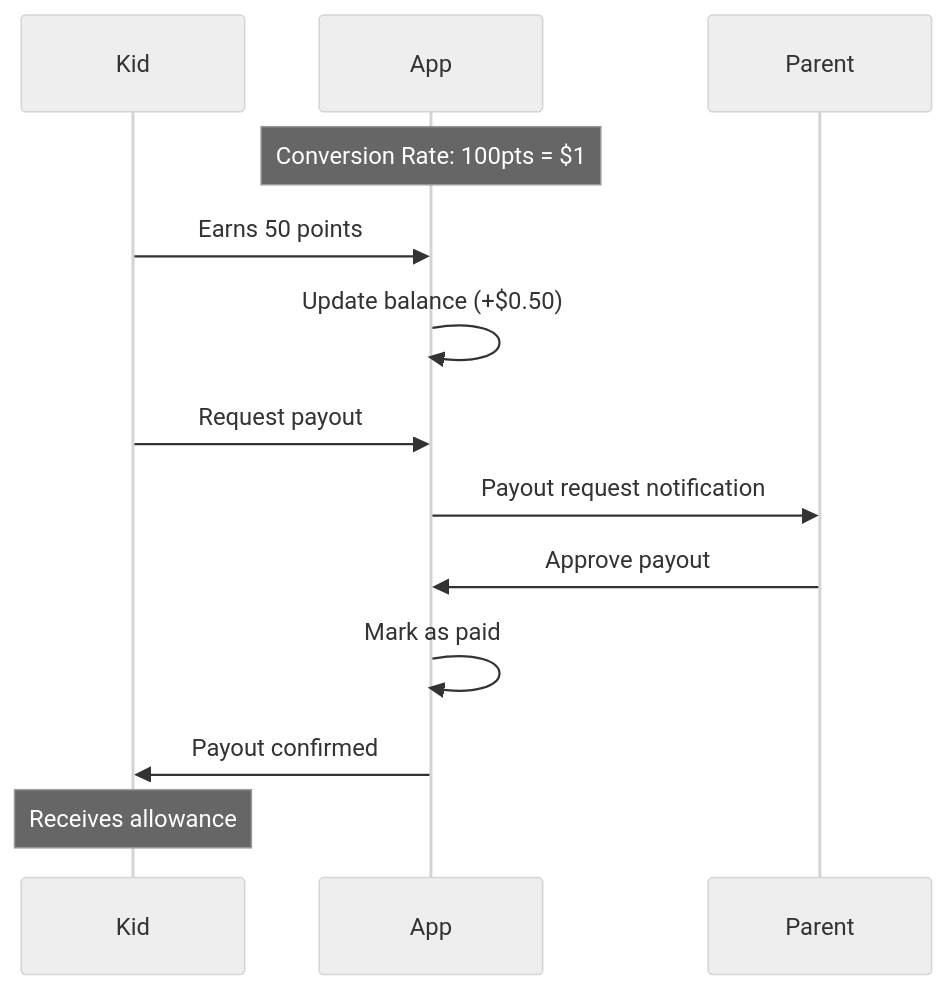
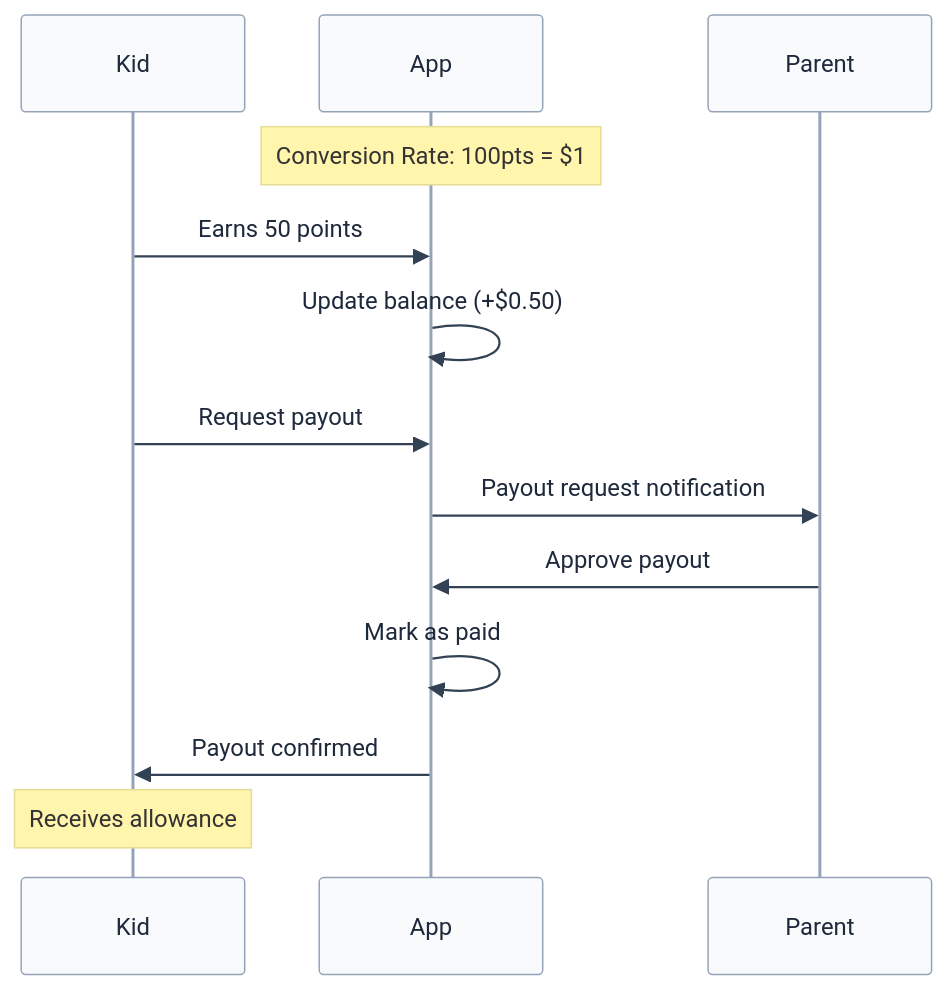
One commit to anisha-agarwal/chore-champions changed the eighth of 13 diagrams in docs/FEATURES.md. Above: the diagram before and after it, drawn with Mermaid. The commit also changed other lines of this file and 2 other files, not shown here.

First line of the commit message:
Improve Mermaid diagram contrast for dark mode

````diff
--- a/docs/FEATURES.md
+++ b/docs/FEATURES.md
@@ -213,21 +213,21 @@
 ```mermaid
-%%{init: {'theme': 'neutral'}}%%
+%%{init: {'theme': 'base', 'themeVariables': {'primaryColor': '#6366f1', 'primaryTextColor': '#fff', 'primaryBorderColor': '#4f46e5', 'lineColor': '#94a3b8', 'secondaryColor': '#f1f5f9', 'actorTextColor': '#1e293b', 'actorBkg': '#f8fafc', 'actorBorder': '#94a3b8', 'signalColor': '#334155', 'signalTextColor': '#1e293b'}}}%%
 sequenceDiagram
     participant Kid
     participant App
     participant Parent
 
     Note over App: Conversion Rate: 100pts = $1
 
     Kid->>App: Earns 50 points
     App->>App: Update balance (+$0.50)
 
     Kid->>App: Request payout
     App->>Parent: Payout request notification
 
     Parent->>App: Approve payout
     App->>App: Mark as paid
     App->>Kid: Payout confirmed
 
     Note over Kid: Receives allowance
 ```
````
